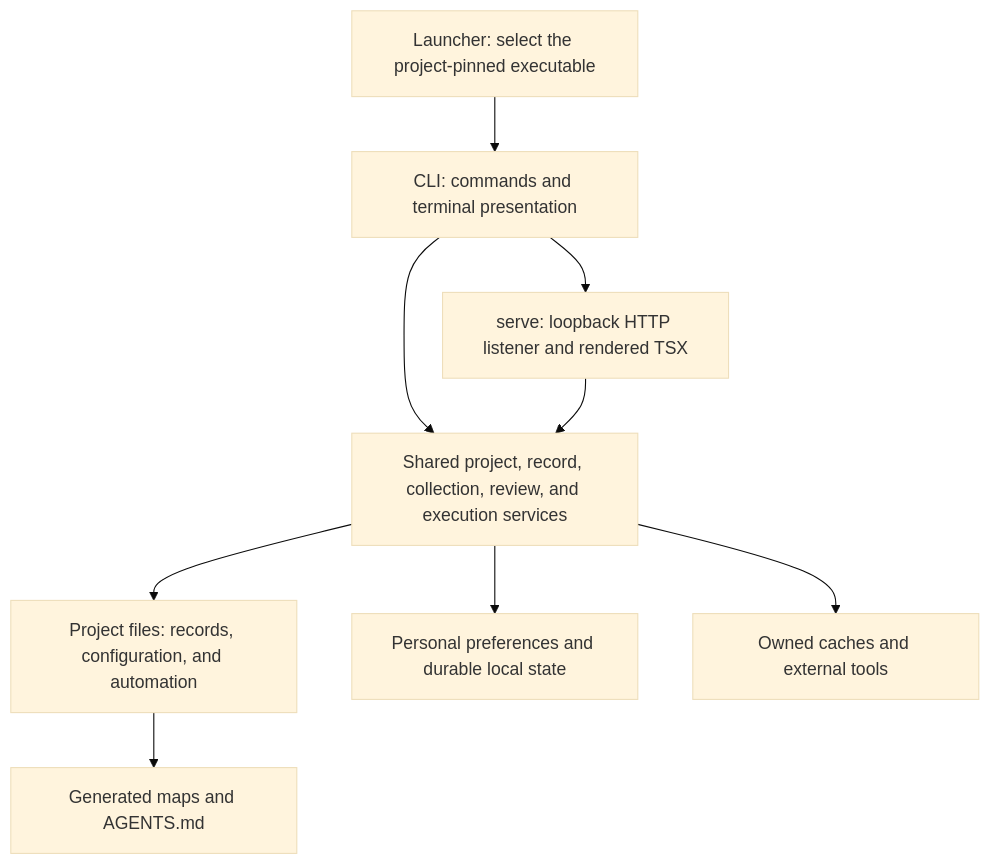
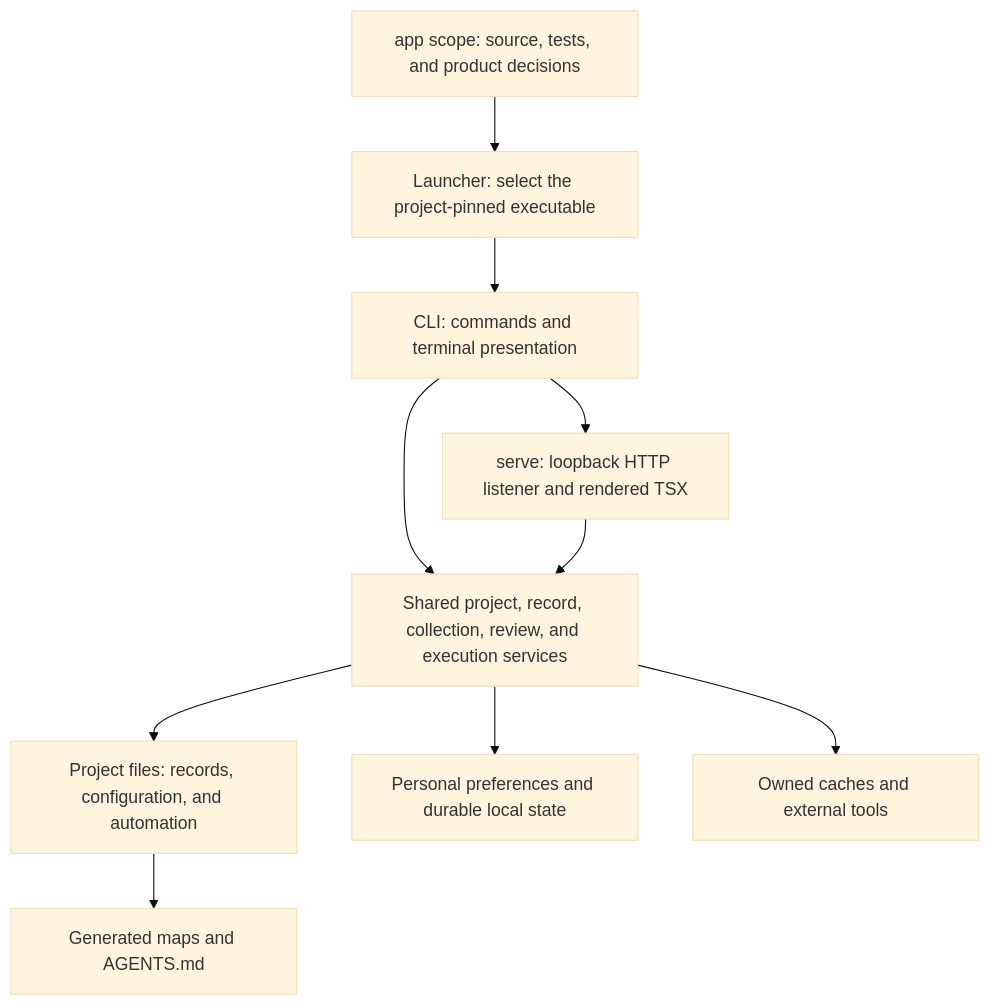
One commit to greghogan/workbench changed the first of 2 diagrams in docs/architecture.md. Above: the diagram before and after it, drawn with Mermaid (base theme). The commit also changed other lines of this file and 2043 other files, not shown here.

````diff
--- a/docs/architecture.md
+++ b/docs/architecture.md
@@ -12,11 +37,11 @@
 ```mermaid
 flowchart TD
-    Launcher["Launcher: select the project-pinned executable"] --> CLI["CLI: commands and terminal presentation"]
+    Scope["app scope: source, tests, and product decisions"] --> Launcher["Launcher: select the project-pinned executable"] --> CLI["CLI: commands and terminal presentation"]
     CLI --> HTTP["serve: loopback HTTP listener and rendered TSX"]
     CLI --> Domain["Shared project, record, collection, review, and execution services"]
     HTTP --> Domain
     Domain --> Files["Project files: records, configuration, and automation"]
     Domain --> Personal["Personal preferences and durable local state"]
     Domain --> Cache["Owned caches and external tools"]
     Files --> Context["Generated maps and AGENTS.md"]
 ```
````
